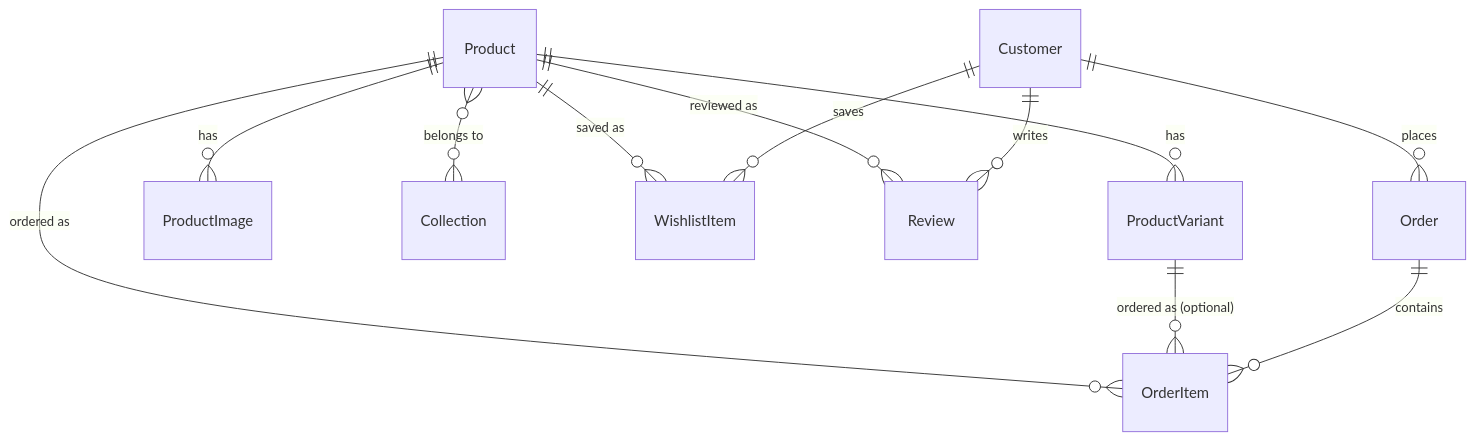
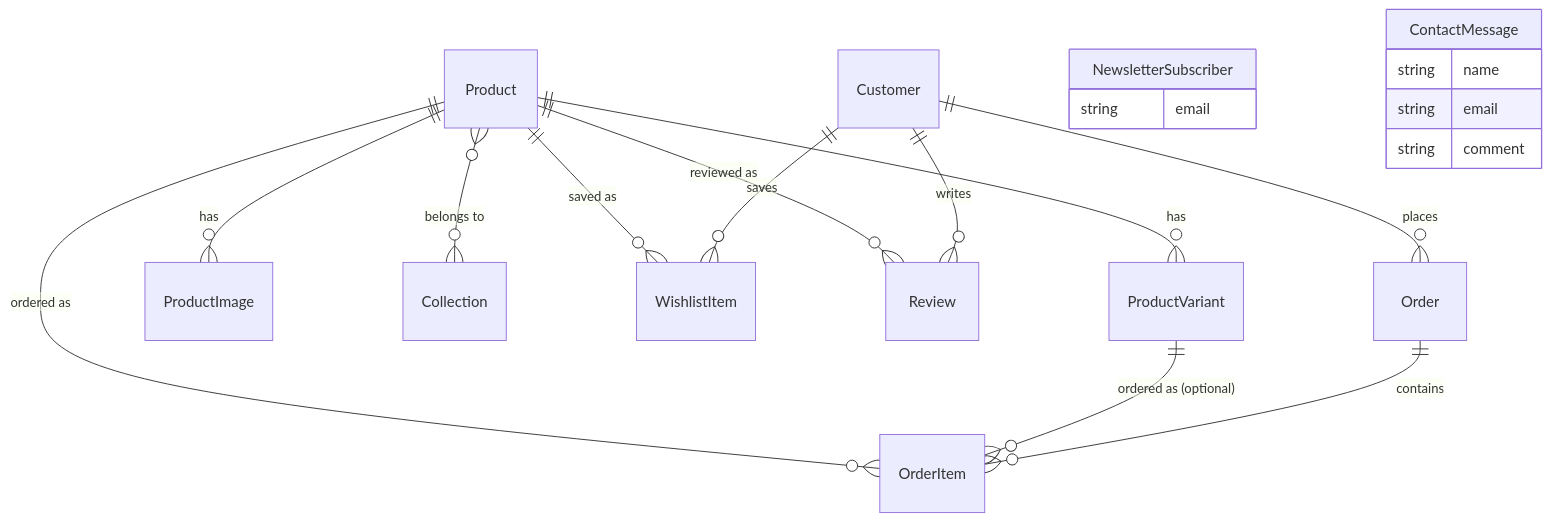
The fourth of 9 diagrams in docs/architecture.md (beautifulforceOrg/beautifulforce), drawn with Mermaid before and after one commit. The commit also changed other lines of this file and 14 other files, not shown here.

First line of the commit message:
Audit user-input features, make newsletter/contact forms real, close test gaps

````diff
--- a/docs/architecture.md
+++ b/docs/architecture.md
@@ -135,14 +135,22 @@
 ```mermaid
 erDiagram
   Product ||--o{ ProductVariant : has
   Product ||--o{ ProductImage : has
   Product }o--o{ Collection : "belongs to"
   Product ||--o{ OrderItem : "ordered as"
   Product ||--o{ WishlistItem : "saved as"
   Product ||--o{ Review : "reviewed as"
   ProductVariant ||--o{ OrderItem : "ordered as (optional)"
   Order ||--o{ OrderItem : contains
   Customer ||--o{ Order : places
   Customer ||--o{ WishlistItem : saves
   Customer ||--o{ Review : writes
+  NewsletterSubscriber {
+    string email
+  }
+  ContactMessage {
+    string name
+    string email
+    string comment
+  }
 ```
````
